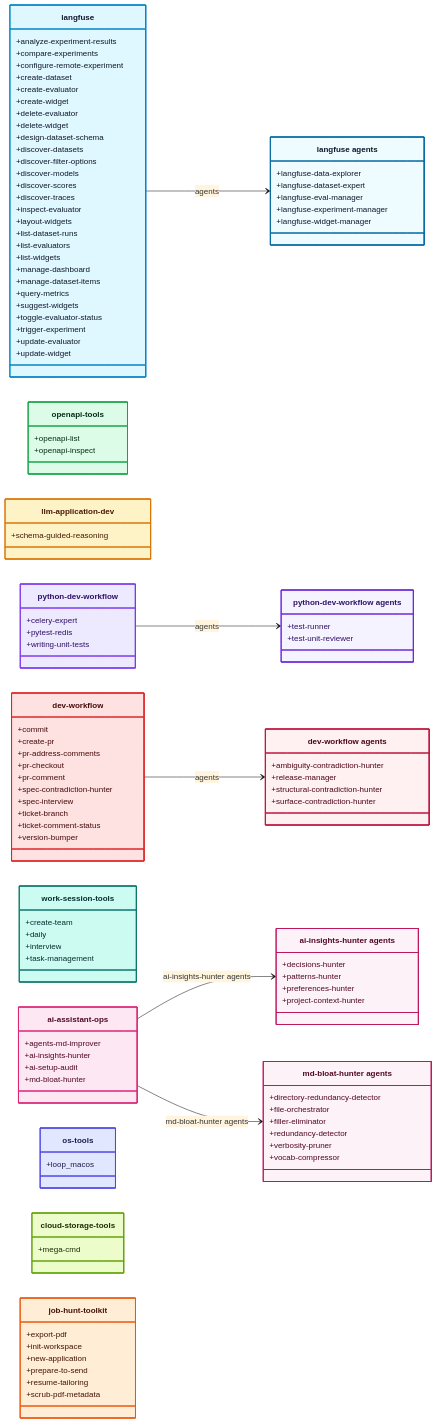
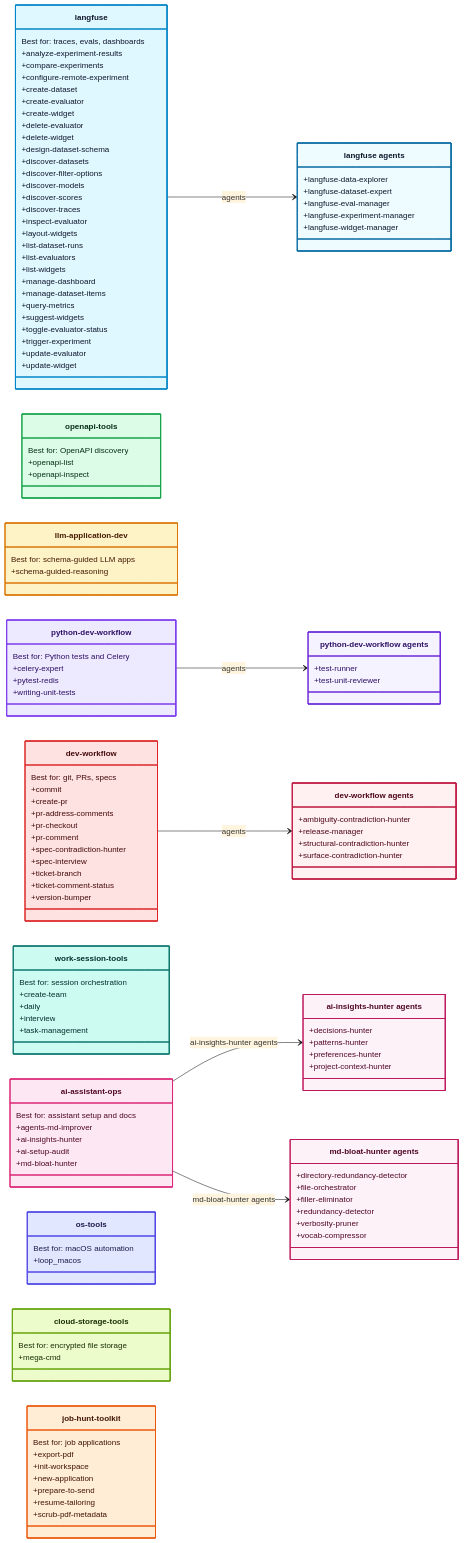
One commit to Alex-Kopylov/zweihander changed the diagram in README.md. Above: the diagram before and after it, drawn with Mermaid (base theme). The commit also changed other lines of this file, not shown here.

```diff
--- a/README.md
+++ b/README.md
@@ -84,6 +84,7 @@
 direction LR
 
 class Langfuse["langfuse"]:::langfuse {
+  Best for: traces, evals, dashboards
   +analyze-experiment-results
   +compare-experiments
   +configure-remote-experiment
@@ -121,15 +122,18 @@
 }
 
 class OpenAPITools["openapi-tools"]:::openapi {
+  Best for: OpenAPI discovery
   +openapi-list
   +openapi-inspect
 }
 
 class LLMApplicationDev["llm-application-dev"]:::llm {
+  Best for: schema-guided LLM apps
   +schema-guided-reasoning
 }
 
 class PythonDevWorkflow["python-dev-workflow"]:::python {
+  Best for: Python tests and Celery
   +celery-expert
   +pytest-redis
   +writing-unit-tests
@@ -140,6 +144,7 @@
 }
 
 class DevWorkflow["dev-workflow"]:::dev {
+  Best for: git, PRs, specs
   +commit
   +create-pr
   +pr-address-comments
@@ -159,6 +164,7 @@
 }
 
 class WorkSessionTools["work-session-tools"]:::session {
+  Best for: session orchestration
   +create-team
   +daily
   +interview
@@ -166,6 +172,7 @@
 }
 
 class AIAssistantOps["ai-assistant-ops"]:::ops {
+  Best for: assistant setup and docs
   +agents-md-improver
   +ai-insights-hunter
   +ai-setup-audit
@@ -187,14 +194,17 @@
 }
 
 class OSTools["os-tools"]:::os {
+  Best for: macOS automation
   +loop_macos
 }
 
 class CloudStorageTools["cloud-storage-tools"]:::storage {
+  Best for: encrypted file storage
   +mega-cmd
 }
 
 class JobHuntToolkit["job-hunt-toolkit"]:::job {
+  Best for: job applications
   +export-pdf
   +init-workspace
   +new-application
```
